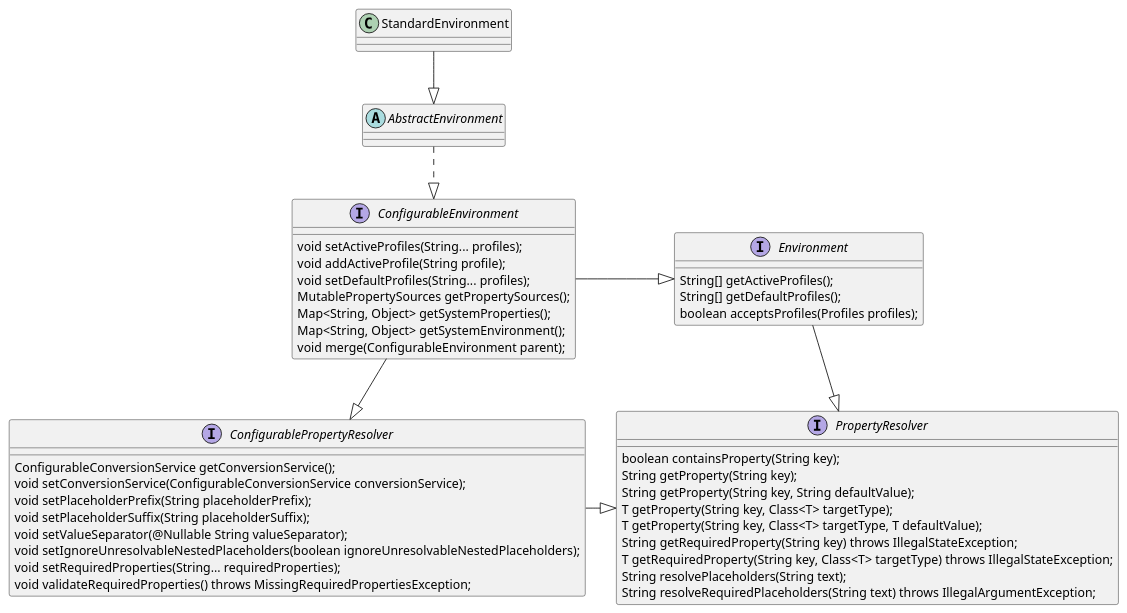
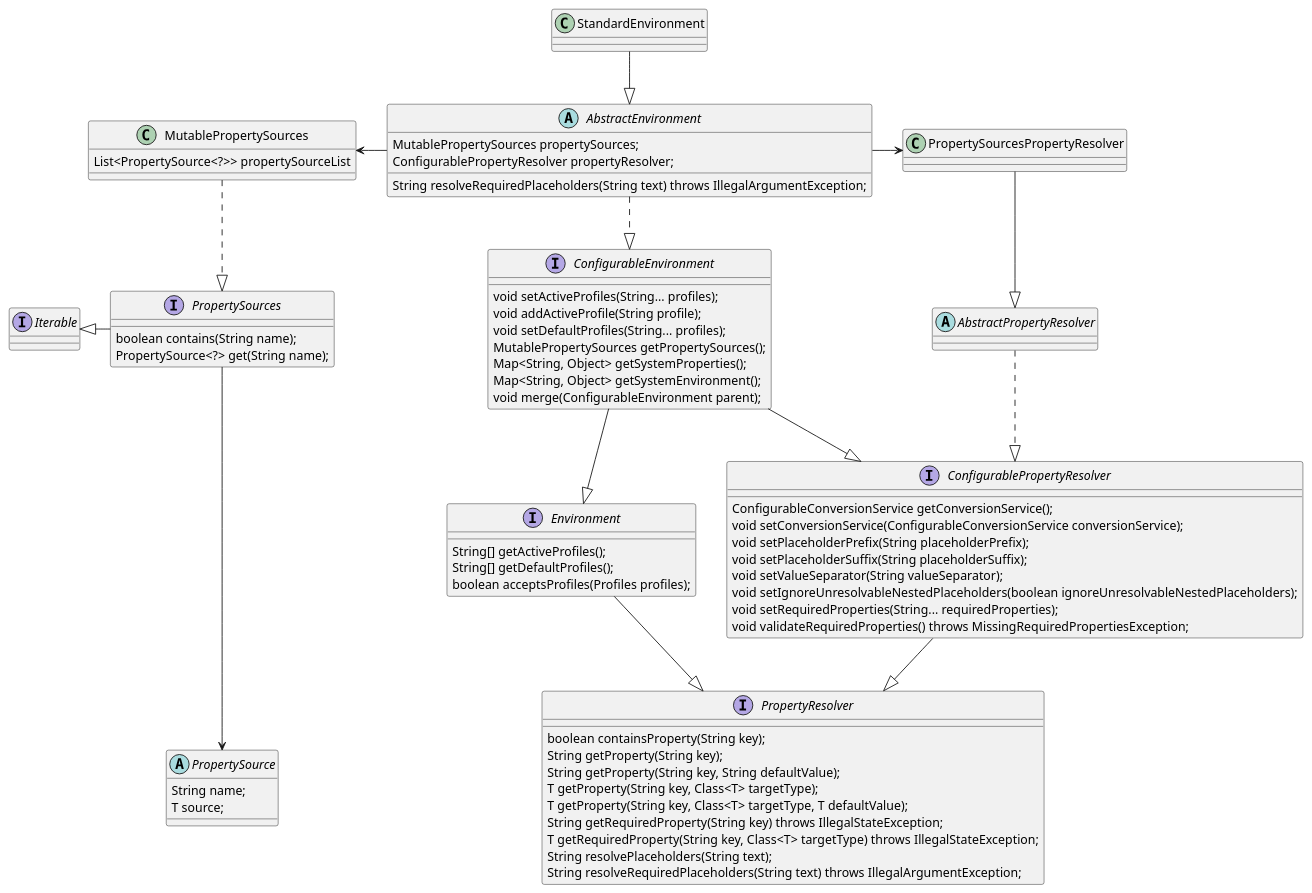
One commit to LCN29/MyTechnicalSystem changed the diagram in Spring/framwork/uml/StandardEnvironment.puml. Above: the diagram before and after it, drawn with PlantUML. The commit also changed 1 other file, not shown here.

```diff
--- a/Spring/framwork/uml/StandardEnvironment.puml
+++ b/Spring/framwork/uml/StandardEnvironment.puml
@@ -1,60 +1,92 @@
 @startuml
 
-class StandardEnvironment {
+class StandardEnvironment{
 }
 
-abstract class AbstractEnvironment {
+abstract class AbstractEnvironment{
+
+    MutablePropertySources propertySources;
+    ConfigurablePropertyResolver propertyResolver;
+
+    String resolveRequiredPlaceholders(String text) throws IllegalArgumentException;
 }
 
 interface ConfigurableEnvironment {
     void setActiveProfiles(String... profiles);
     void addActiveProfile(String profile);
     void setDefaultProfiles(String... profiles);
     MutablePropertySources getPropertySources();
     Map<String, Object> getSystemProperties();
     Map<String, Object> getSystemEnvironment();
     void merge(ConfigurableEnvironment parent);
 }
 
 interface Environment {
-
     String[] getActiveProfiles();
     String[] getDefaultProfiles();
     boolean acceptsProfiles(Profiles profiles);
 }
 
 interface ConfigurablePropertyResolver {
-
     ConfigurableConversionService getConversionService();
     void setConversionService(ConfigurableConversionService conversionService);
     void setPlaceholderPrefix(String placeholderPrefix);
     void setPlaceholderSuffix(String placeholderSuffix);
-    void setValueSeparator(@Nullable String valueSeparator);
+    void setValueSeparator(String valueSeparator);
     void setIgnoreUnresolvableNestedPlaceholders(boolean ignoreUnresolvableNestedPlaceholders);
     void setRequiredProperties(String... requiredProperties);
     void validateRequiredProperties() throws MissingRequiredPropertiesException;
 }
 
 interface PropertyResolver {
 
     boolean containsProperty(String key);
     String getProperty(String key);
     String getProperty(String key, String defaultValue);
     T getProperty(String key, Class<T> targetType);
     T getProperty(String key, Class<T> targetType, T defaultValue);
     String getRequiredProperty(String key) throws IllegalStateException;
     T getRequiredProperty(String key, Class<T> targetType) throws IllegalStateException;
     String resolvePlaceholders(String text);
     String resolveRequiredPlaceholders(String text) throws IllegalArgumentException;
 }
 
+interface Iterable {
+}
 
+interface PropertySources {
+    boolean contains(String name);
+    PropertySource<?> get(String name);
+}
+
+abstract class PropertySource {
+    String name;
+    T source;
+}
+
+class MutablePropertySources {
+    List<PropertySource<?>> propertySourceList
+}
+
+abstract class AbstractPropertyResolver {
+}
+
+class PropertySourcesPropertyResolver {
+}
 
 StandardEnvironment -down-|> AbstractEnvironment
 AbstractEnvironment ..|> ConfigurableEnvironment
-ConfigurableEnvironment -|> Environment
+ConfigurableEnvironment -right-|> Environment
 ConfigurableEnvironment -down-|> ConfigurablePropertyResolver
 Environment -|> PropertyResolver
-ConfigurablePropertyResolver -|> PropertyResolver
+ConfigurablePropertyResolver -down-|> PropertyResolver
+PropertySources -left-|> Iterable
+MutablePropertySources ..|> PropertySources
+AbstractEnvironment -left--> MutablePropertySources
+PropertySources -down--> PropertySource
+
+AbstractPropertyResolver ..|> ConfigurablePropertyResolver
+PropertySourcesPropertyResolver --|> AbstractPropertyResolver
+AbstractEnvironment -right--> PropertySourcesPropertyResolver
 
 @enduml
```
